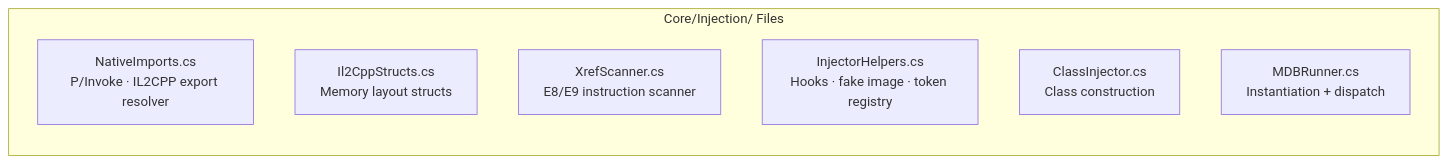
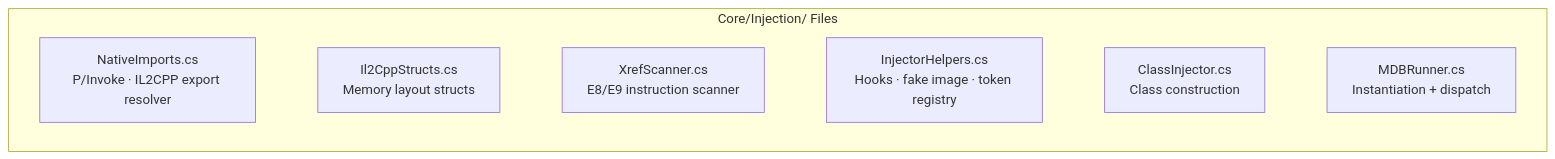
The first of 3 diagrams in docs/_guides/class-injection.md (Zaclin-GIT/MDB), drawn with Mermaid before and after one commit. The commit also changed 1 other file, not shown here.

Commit message:
Fix mermaid diagrams: add invisible edges to arrange subgraph items horizontally

````diff
--- a/docs/_guides/class-injection.md
+++ b/docs/_guides/class-injection.md
@@ -61,11 +61,13 @@
 ```mermaid
 graph LR
     subgraph Injection["Core/Injection/ Files"]
+        direction LR
         NI["NativeImports.cs<br/>P/Invoke · IL2CPP export resolver"]
         IS["Il2CppStructs.cs<br/>Memory layout structs"]
         XS["XrefScanner.cs<br/>E8/E9 instruction scanner"]
         IH["InjectorHelpers.cs<br/>Hooks · fake image · token registry"]
         CI["ClassInjector.cs<br/>Class construction"]
         MR["MDBRunner.cs<br/>Instantiation + dispatch"]
+        NI ~~~ IS ~~~ XS ~~~ IH ~~~ CI ~~~ MR
     end
 ```
````
